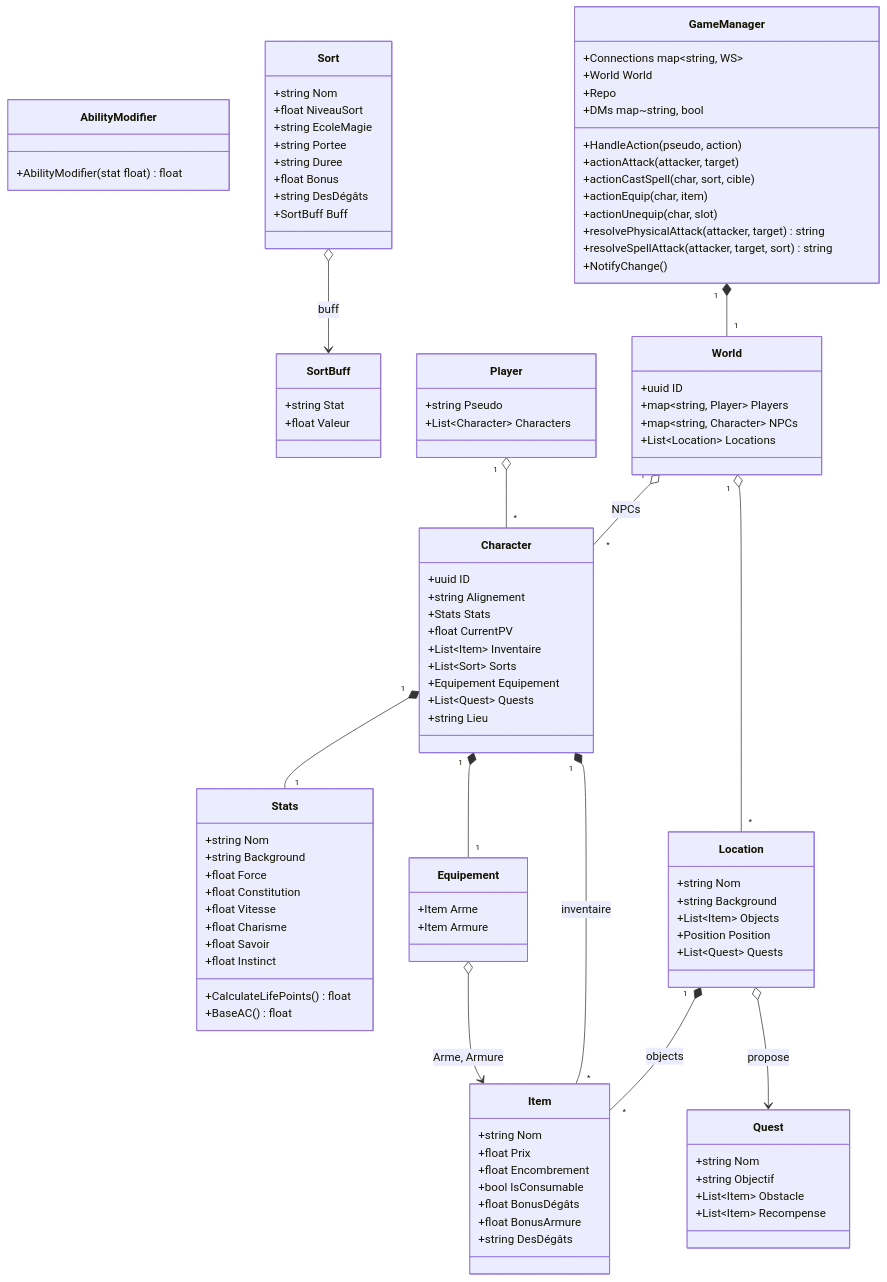
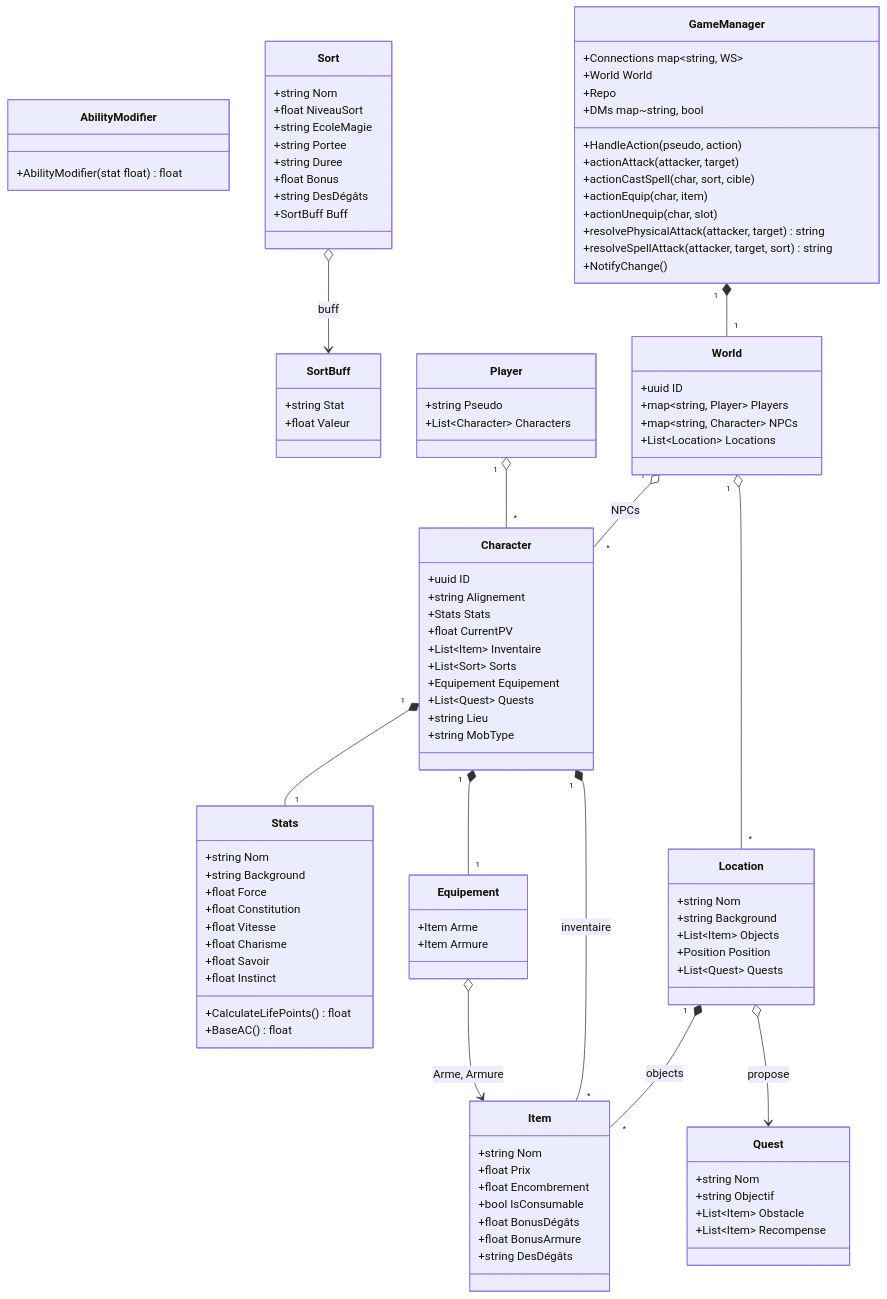
The second of 2 diagrams in README.md (fanama/dnd), drawn with Mermaid before and after one commit. The commit also changed other lines of this file and 11 other files, not shown here.

```diff
--- a/README.md
+++ b/README.md
@@ -301,6 +306,7 @@
         +Equipement Equipement
         +List~Quest~ Quests
         +string Lieu
+        +string MobType
     }
     class World {
         +uuid ID
```
